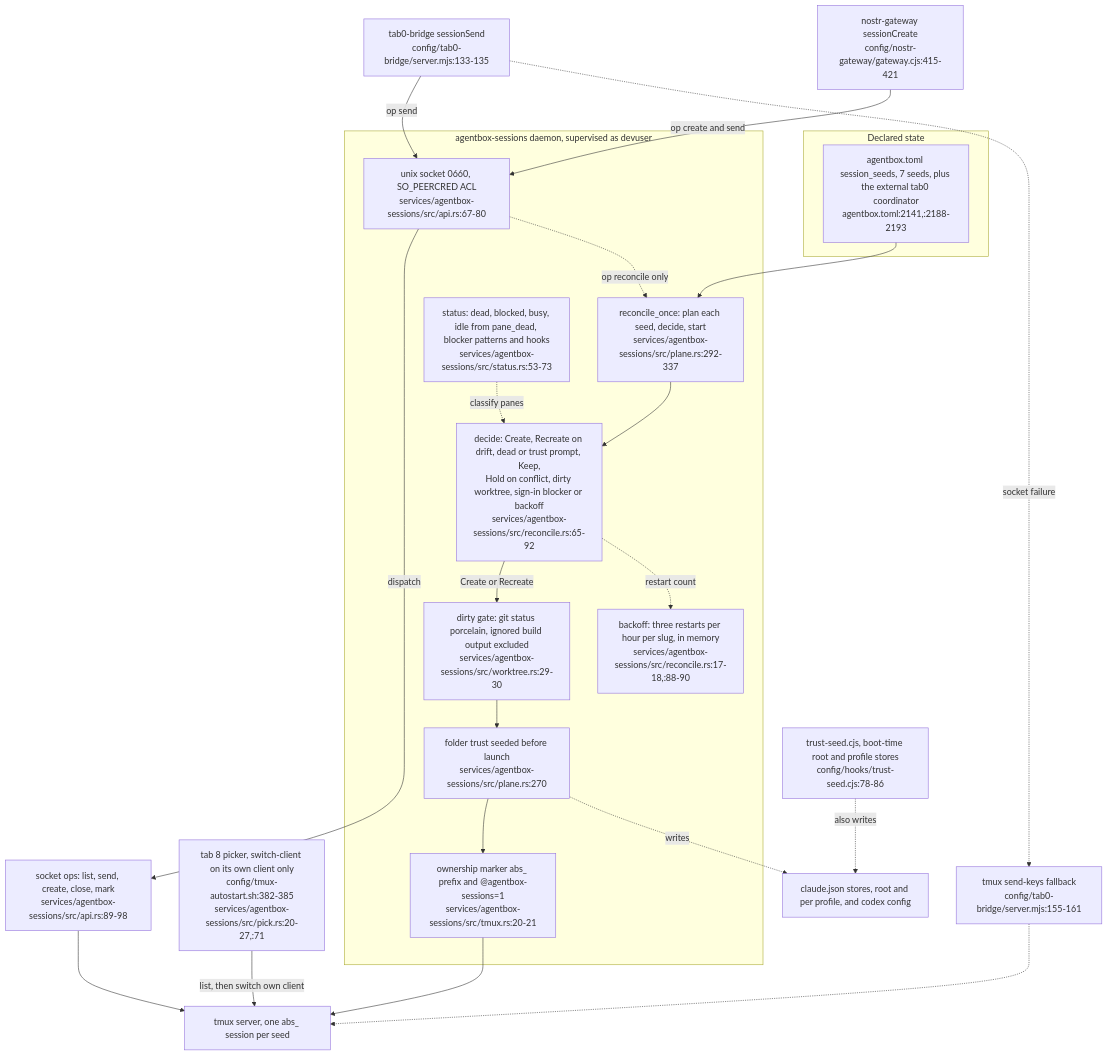
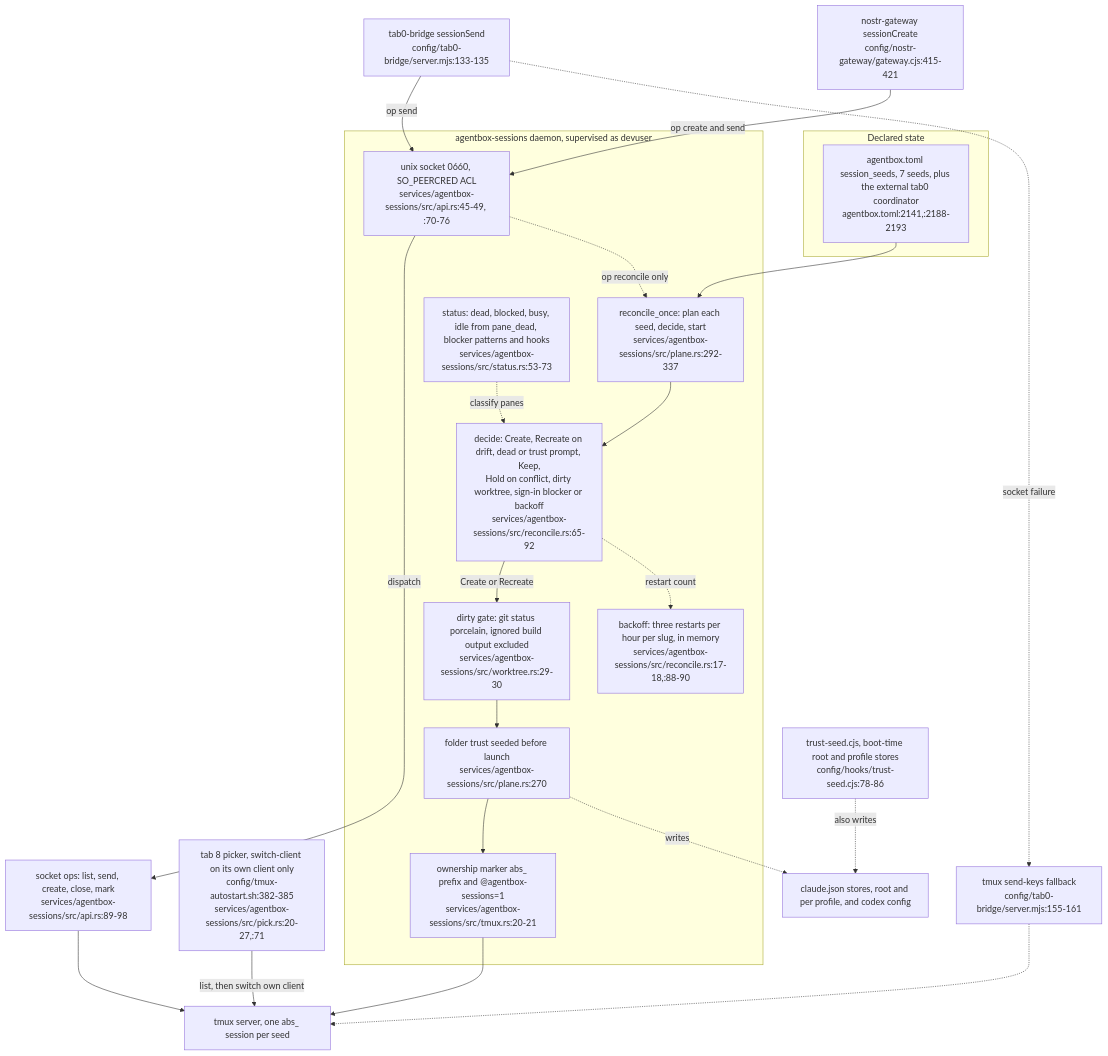
Before and after one commit to DreamLab-AI/VisionFlow: diagram 12 of 12 in docs/diagrams/agentbox/12-tab0-bridge-and-interaction-plane.md, drawn with Mermaid. The commit also changed 39 other files, not shown here.

````diff
--- a/docs/diagrams/agentbox/12-tab0-bridge-and-interaction-plane.md
+++ b/docs/diagrams/agentbox/12-tab0-bridge-and-interaction-plane.md
@@ -523,43 +523,43 @@
 ```mermaid
 flowchart TB
     subgraph DECL["Declared state"]
         MAN["agentbox.toml session_seeds, 7 seeds, plus the external tab0 coordinator<br/>agentbox.toml:2141,:2188-2193"]
     end
     subgraph DAEMON["agentbox-sessions daemon, supervised as devuser"]
         REC["reconcile_once: plan each seed, decide, start<br/>services/agentbox-sessions/src/plane.rs:292-337"]
         DEC["decide: Create, Recreate on drift, dead or trust prompt, Keep,<br/>Hold on conflict, dirty worktree, sign-in blocker or backoff<br/>services/agentbox-sessions/src/reconcile.rs:65-92"]
         DIRTY["dirty gate: git status porcelain, ignored build output excluded<br/>services/agentbox-sessions/src/worktree.rs:29-30"]
         BACK["backoff: three restarts per hour per slug, in memory<br/>services/agentbox-sessions/src/reconcile.rs:17-18,:88-90"]
         TRUST["folder trust seeded before launch<br/>services/agentbox-sessions/src/plane.rs:270"]
         OWN["ownership marker abs_ prefix and @agentbox-sessions=1<br/>services/agentbox-sessions/src/tmux.rs:20-21"]
         STAT["status: dead, blocked, busy, idle from pane_dead, blocker patterns and hooks<br/>services/agentbox-sessions/src/status.rs:53-73"]
-        SOCK["unix socket 0660, SO_PEERCRED ACL<br/>services/agentbox-sessions/src/api.rs:67-80"]
+        SOCK["unix socket 0660, SO_PEERCRED ACL<br/>services/agentbox-sessions/src/api.rs:45-49, :70-76"]
     end
     TMUX["tmux server, one abs_ session per seed"]
     PICK["tab 8 picker, switch-client on its own client only<br/>config/tmux-autostart.sh:382-385<br/>services/agentbox-sessions/src/pick.rs:20-27,:71"]
     OPS["socket ops: list, send, create, close, mark<br/>services/agentbox-sessions/src/api.rs:89-98"]
     STORES["claude.json stores, root and per profile, and codex config"]
     TB["tab0-bridge sessionSend<br/>config/tab0-bridge/server.mjs:133-135"]
     GW["nostr-gateway sessionCreate<br/>config/nostr-gateway/gateway.cjs:415-421"]
     FB["tmux send-keys fallback<br/>config/tab0-bridge/server.mjs:155-161"]
     TS["trust-seed.cjs, boot-time root and profile stores<br/>config/hooks/trust-seed.cjs:78-86"]
 
     MAN --> REC
     REC --> DEC
     DEC -->|Create or Recreate| DIRTY
     DIRTY --> TRUST
     TRUST --> OWN
     OWN --> TMUX
     DEC -.->|restart count| BACK
     STAT -.->|classify panes| DEC
     TB -->|op send| SOCK
     GW -->|op create and send| SOCK
     SOCK -->|dispatch| OPS
     OPS --> TMUX
     SOCK -.->|op reconcile only| REC
     TB -.->|socket failure| FB
     FB -.-> TMUX
     PICK -->|list, then switch own client| TMUX
     TRUST -.->|writes| STORES
     TS -.->|also writes| STORES
 ```
````
